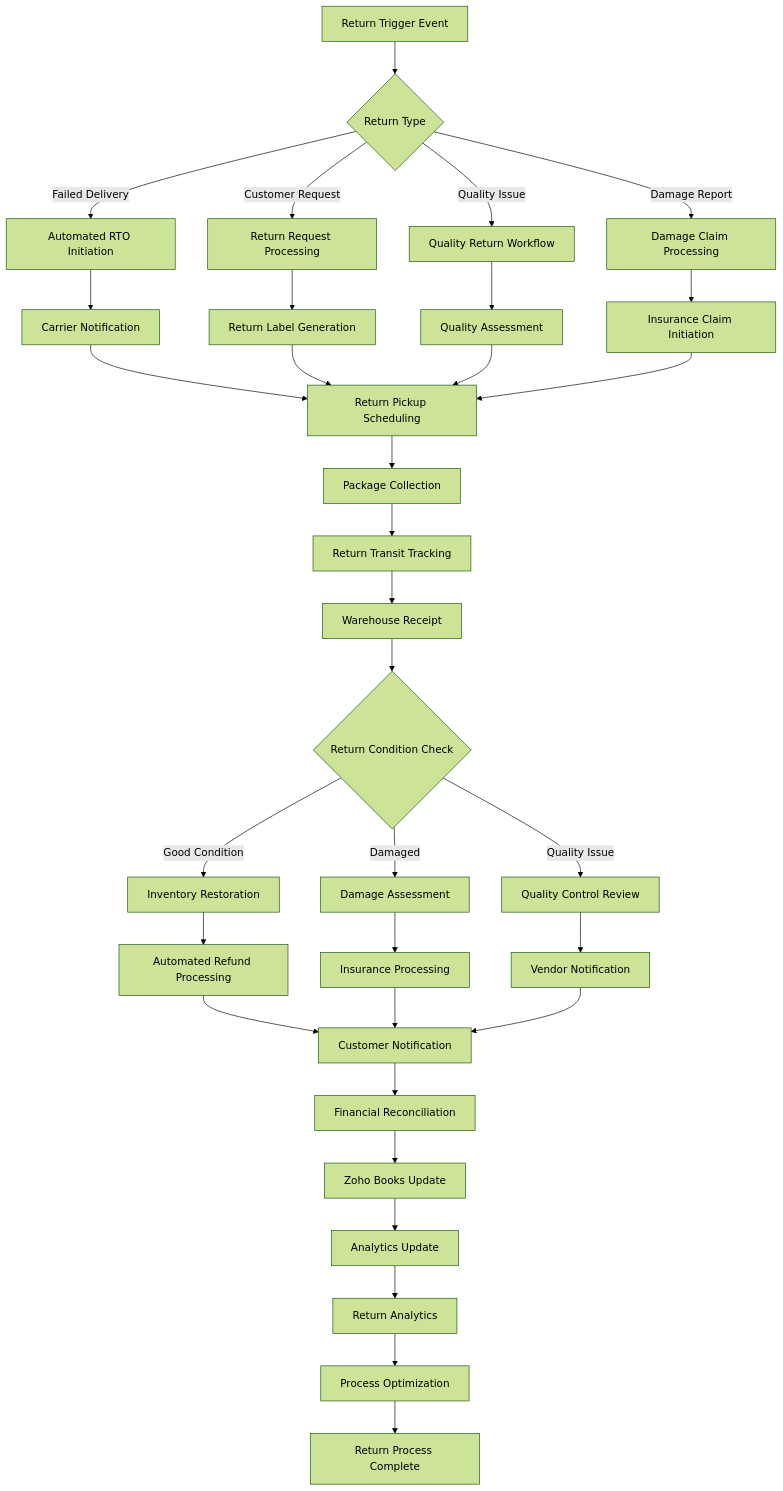
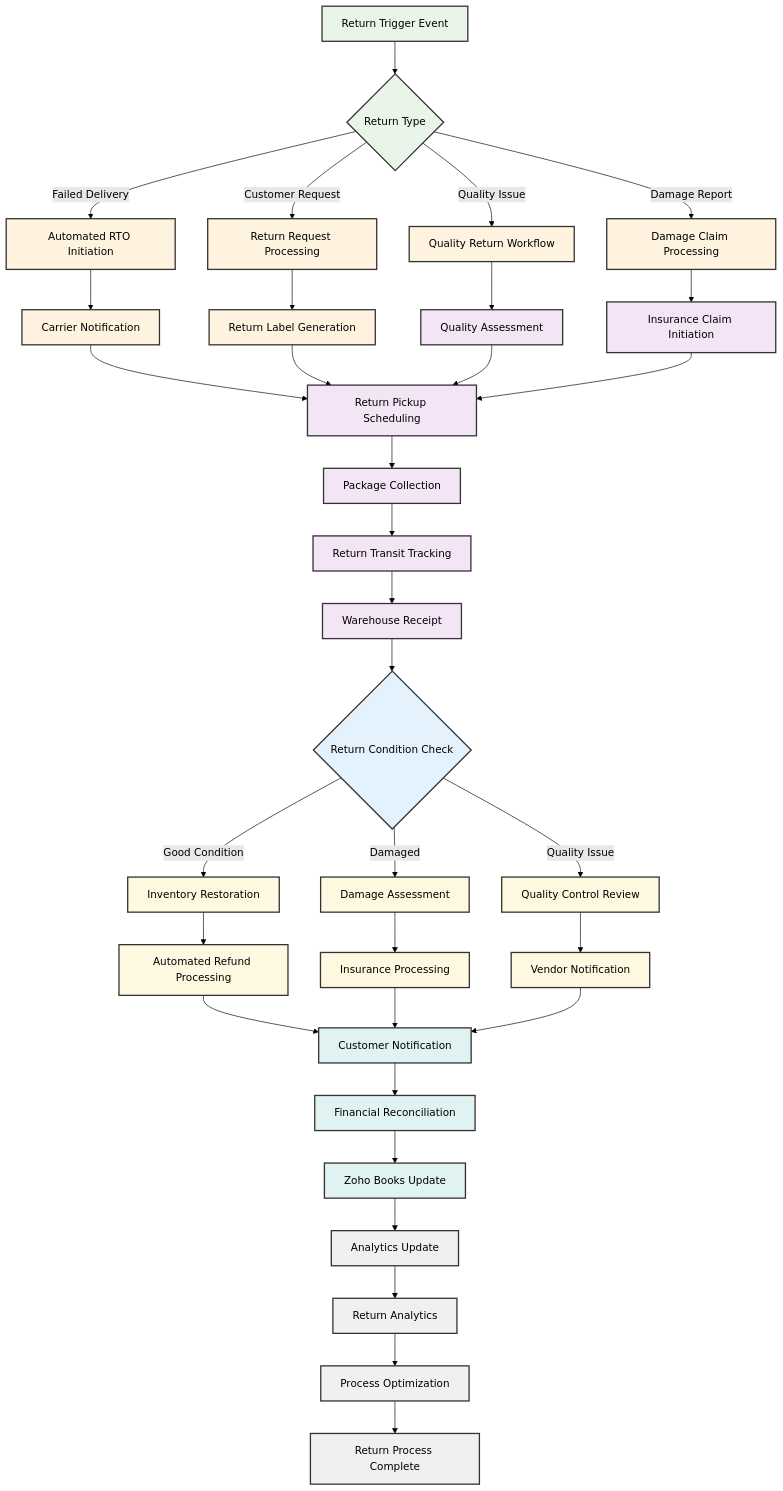
Before and after one commit to sandeepkumar0801/Digihub: diagram 19 of 44 in README.md, drawn with Mermaid (forest theme). The commit also changed other lines of this file and 1 other file, not shown here.

````diff
--- a/README.md
+++ b/README.md
@@ -3305,4 +3535,19 @@
 
 
 
+    classDef trigger fill:#e8f5e8,stroke:#333333,stroke-width:2px,color:#000000
+    classDef processing fill:#fff3e0,stroke:#333333,stroke-width:2px,color:#000000
+    classDef logistics fill:#f3e5f5,stroke:#333333,stroke-width:2px,color:#000000
+    classDef condition fill:#e3f2fd,stroke:#333333,stroke-width:2px,color:#000000
+    classDef resolution fill:#fff8e1,stroke:#333333,stroke-width:2px,color:#000000
+    classDef financial fill:#e0f2f1,stroke:#333333,stroke-width:2px,color:#000000
+    classDef complete fill:#f0f0f0,stroke:#333333,stroke-width:2px,color:#000000
+
+    class A,B trigger
+    class C,D,E,F,G,H processing
+    class I,J,K,L,M,N logistics
+    class O condition
+    class P,Q,R,S,T,U resolution
+    class V,W,X financial
+    class Y,Z,AA,BB complete
 ```
````
